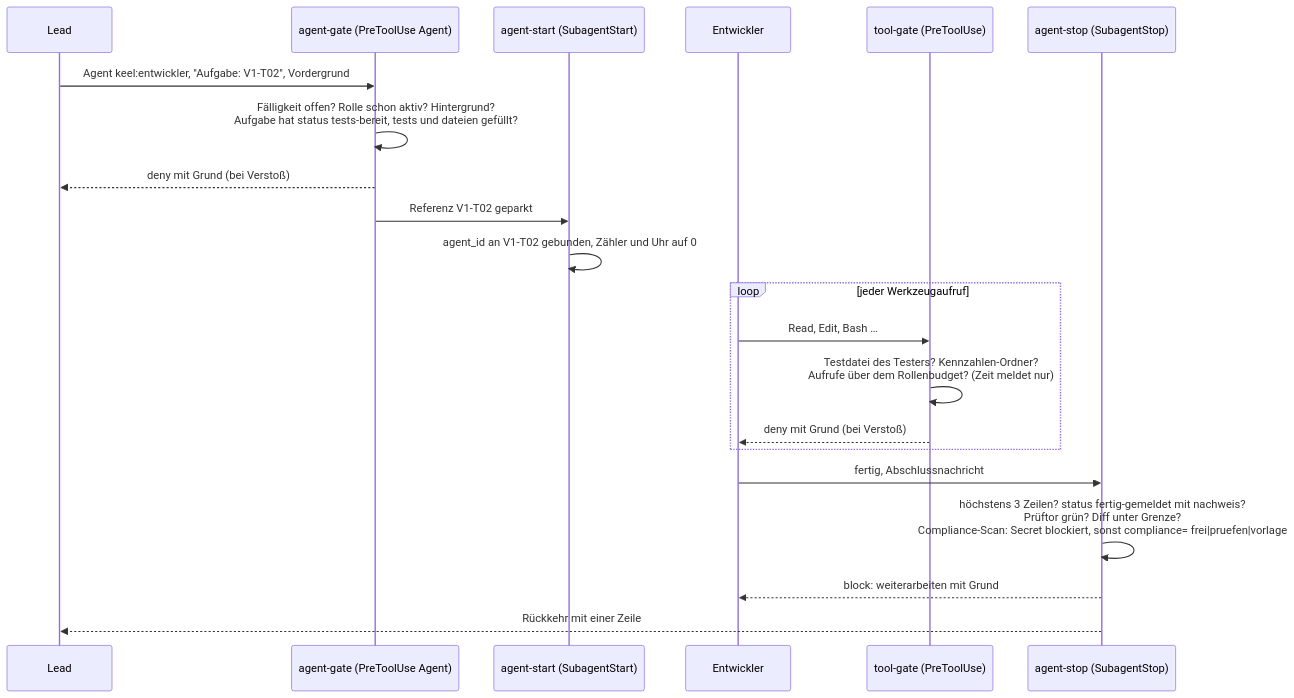
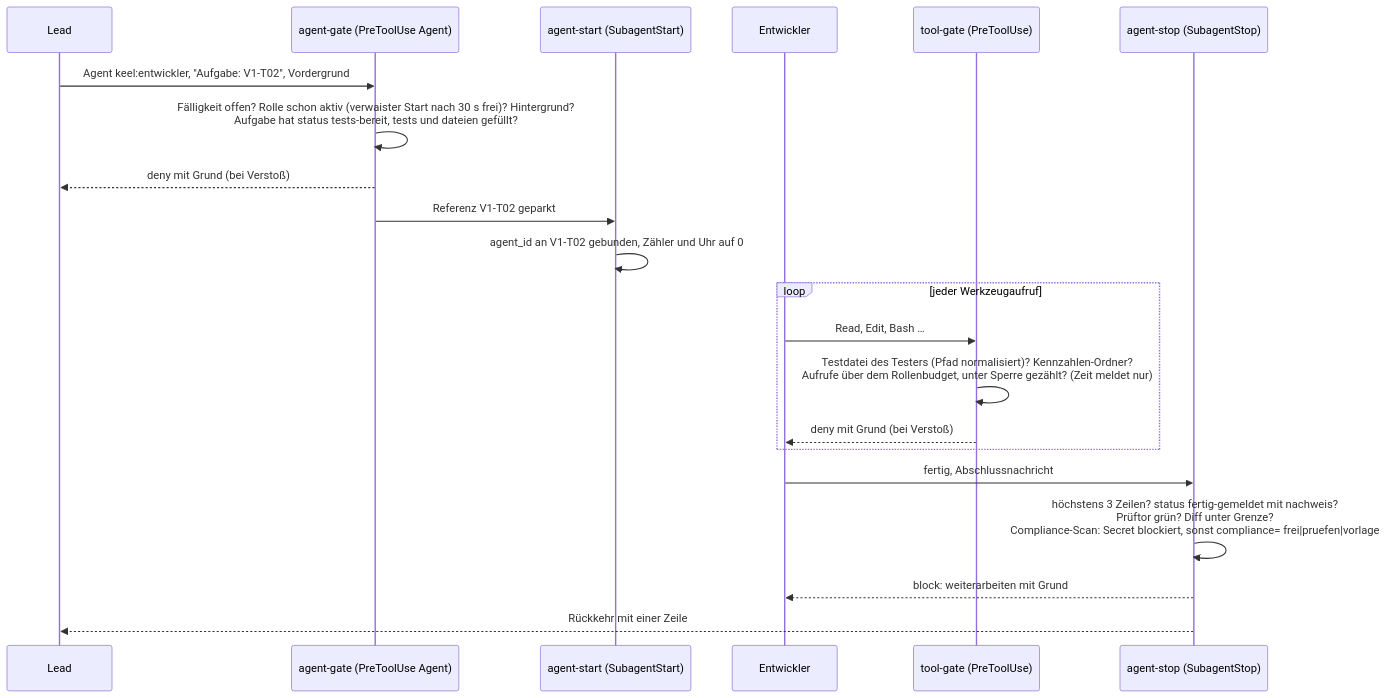
Before and after one commit to xXExceptionXx/keel: the sixth of 7 diagrams in docs/system.md, drawn with Mermaid. The commit also changed other lines of this file and 11 other files, not shown here.

````diff
--- a/docs/system.md
+++ b/docs/system.md
@@ -163,24 +167,24 @@
 ```mermaid
 sequenceDiagram
     participant L as Lead
     participant G as agent-gate (PreToolUse Agent)
     participant S as agent-start (SubagentStart)
     participant D as Entwickler
     participant T as tool-gate (PreToolUse)
     participant E as agent-stop (SubagentStop)
 
     L->>G: Agent keel:entwickler, "Aufgabe: V1-T02", Vordergrund
-    G->>G: Fälligkeit offen? Rolle schon aktiv? Hintergrund?<br/>Aufgabe hat status tests-bereit, tests und dateien gefüllt?
+    G->>G: Fälligkeit offen? Rolle schon aktiv (verwaister Start nach 30 s frei)? Hintergrund?<br/>Aufgabe hat status tests-bereit, tests und dateien gefüllt?
     G-->>L: deny mit Grund (bei Verstoß)
     G->>S: Referenz V1-T02 geparkt
     S->>S: agent_id an V1-T02 gebunden, Zähler und Uhr auf 0
     loop jeder Werkzeugaufruf
         D->>T: Read, Edit, Bash …
-        T->>T: Testdatei des Testers? Kennzahlen-Ordner?<br/>Aufrufe über dem Rollenbudget? (Zeit meldet nur)
+        T->>T: Testdatei des Testers (Pfad normalisiert)? Kennzahlen-Ordner?<br/>Aufrufe über dem Rollenbudget, unter Sperre gezählt? (Zeit meldet nur)
         T-->>D: deny mit Grund (bei Verstoß)
     end
     D->>E: fertig, Abschlussnachricht
     E->>E: höchstens 3 Zeilen? status fertig-gemeldet mit nachweis?<br/>Prüftor grün? Diff unter Grenze?<br/>Compliance-Scan: Secret blockiert, sonst compliance= frei|pruefen|vorlage
     E-->>D: block: weiterarbeiten mit Grund
     E-->>L: Rückkehr mit einer Zeile
 ```
````
